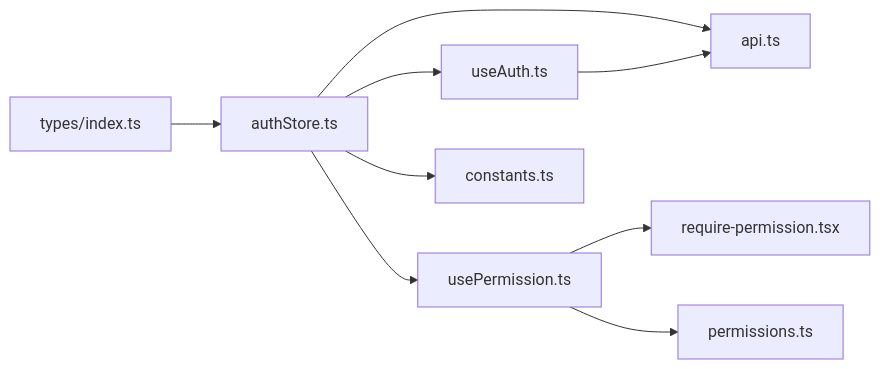
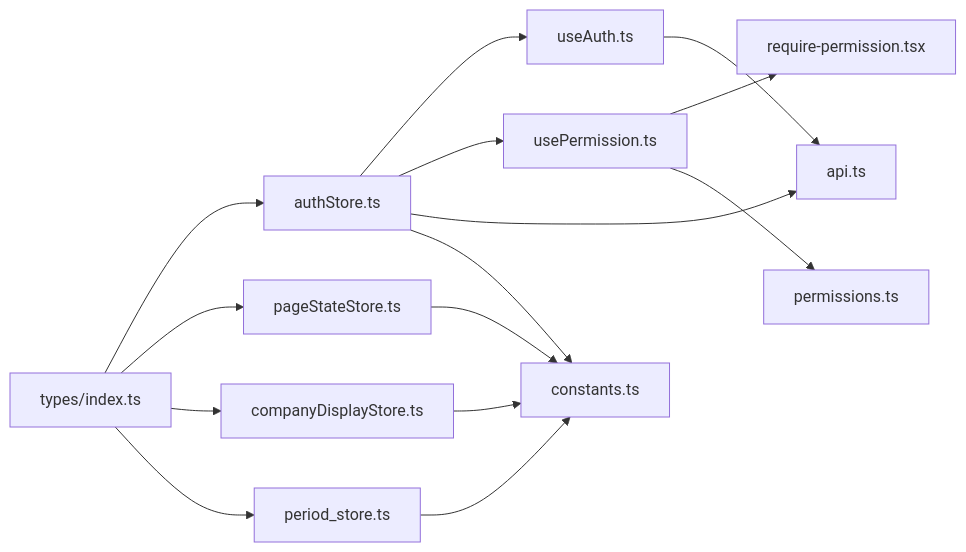
The fifth of 7 diagrams in .qoder/repowiki/zh/content/架构设计/状态管理/Zustand Store设计.md (Damao997/newproject), drawn with Mermaid before and after one commit. The commit also changed other lines of this file and 22 other files, not shown here.

````diff
--- a/.qoder/repowiki/zh/content/架构设计/状态管理/Zustand Store设计.md
+++ b/.qoder/repowiki/zh/content/架构设计/状态管理/Zustand Store设计.md
@@ -232,11 +344,17 @@
 ```mermaid
 graph LR
-types["types/index.ts"] --> store["authStore.ts"]
-store --> hook_auth["useAuth.ts"]
-store --> hook_perm["usePermission.ts"]
+types["types/index.ts"] --> auth_store["authStore.ts"]
+types --> page_store["pageStateStore.ts"]
+types --> company_store["companyDisplayStore.ts"]
+types --> period_store["period_store.ts"]
+auth_store --> hook_auth["useAuth.ts"]
+auth_store --> hook_perm["usePermission.ts"]
 hook_perm --> component["require-permission.tsx"]
-store --> api["api.ts"]
+auth_store --> api["api.ts"]
 hook_auth --> api
 hook_perm --> perm_lib["permissions.ts"]
-store --> consts["constants.ts"]
+auth_store --> consts["constants.ts"]
+page_store --> consts
+company_store --> consts
+period_store --> consts
 ```
````
